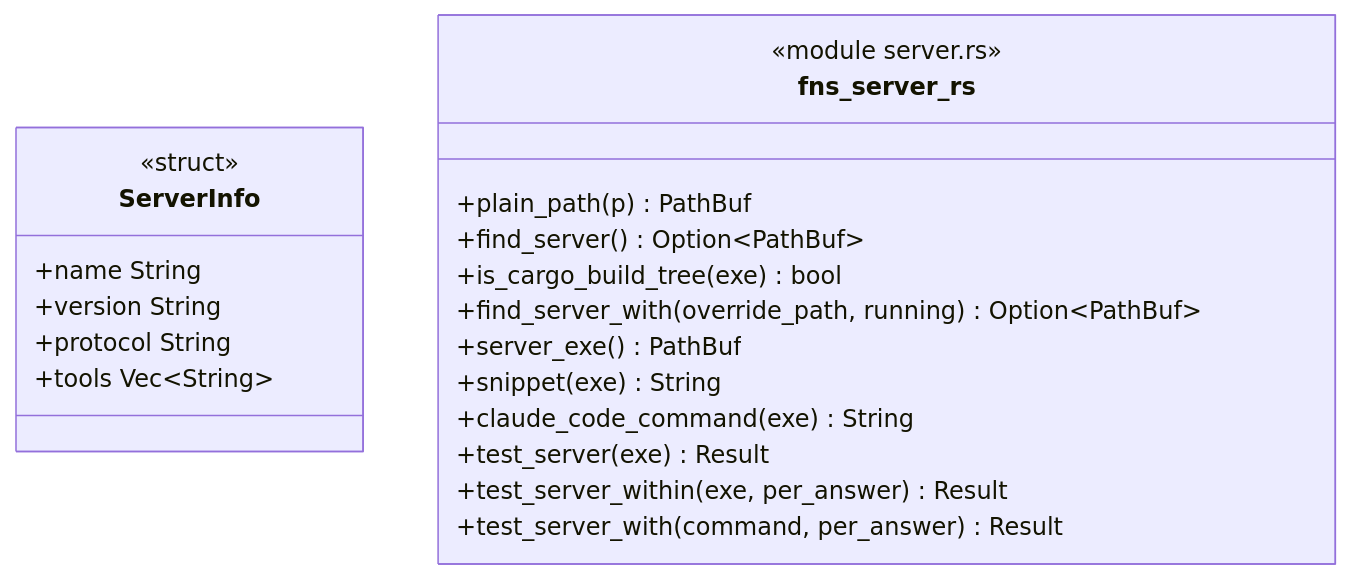
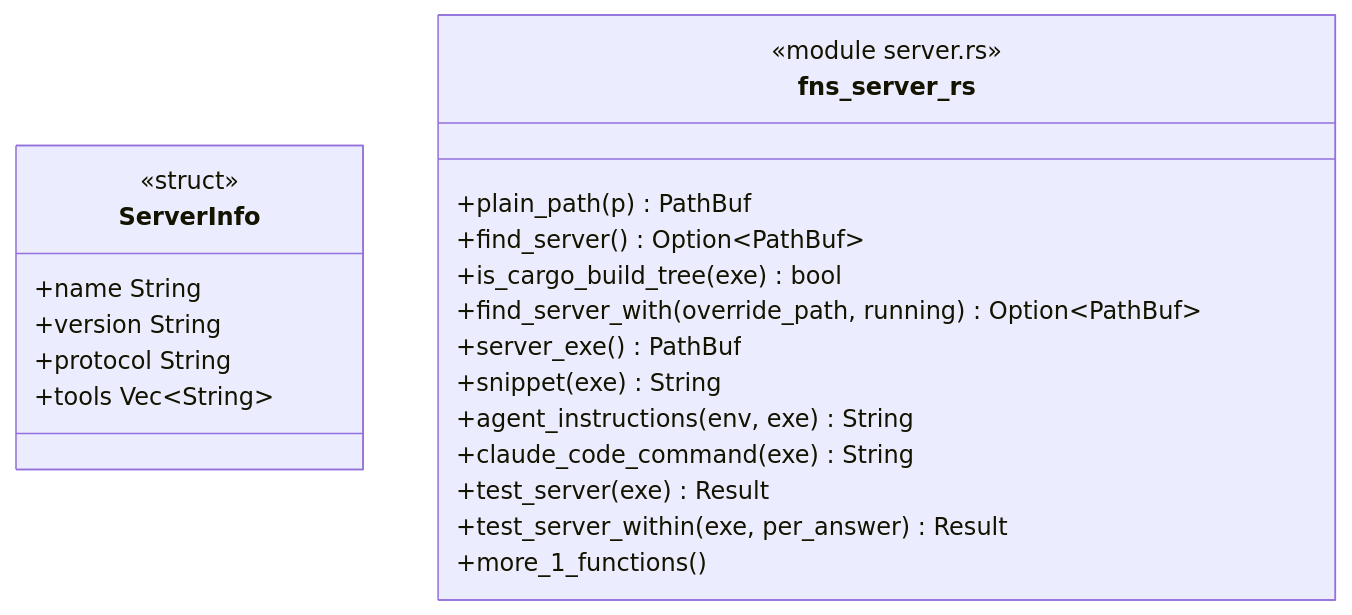
One commit to p-j-r/nyx changed the diagram in docs/architecture/c4/4-code/connect/server.md. Above: the diagram before and after it, drawn with Mermaid. The commit also changed other lines of this file and 36 other files, not shown here.

Commit message:
L4: nyx-connect knows Antigravity (host row, found by ~/.gemini/config), agent_instructions and 'nyx-connect instructions', a double click shows the commands and waits, Connect menu button and hint; connect_hosts and connect_report 1.1; ADR 98

````diff
--- a/docs/architecture/c4/4-code/connect/server.md
+++ b/docs/architecture/c4/4-code/connect/server.md
@@ -34,23 +35,24 @@
 ```mermaid
 classDiagram
   class ServerInfo {
       <<struct>>
       +name String
       +version String
       +protocol String
       +tools Vec~String~
   }
   class fns_server_rs {
       <<module server.rs>>
       +plain_path(p) PathBuf
       +find_server() Option~PathBuf~
       +is_cargo_build_tree(exe) bool
       +find_server_with(override_path, running) Option~PathBuf~
       +server_exe() PathBuf
       +snippet(exe) String
+      +agent_instructions(env, exe) String
       +claude_code_command(exe) String
       +test_server(exe) Result
       +test_server_within(exe, per_answer) Result
-      +test_server_with(command, per_answer) Result
+      +more_1_functions()
   }
 ```
````
